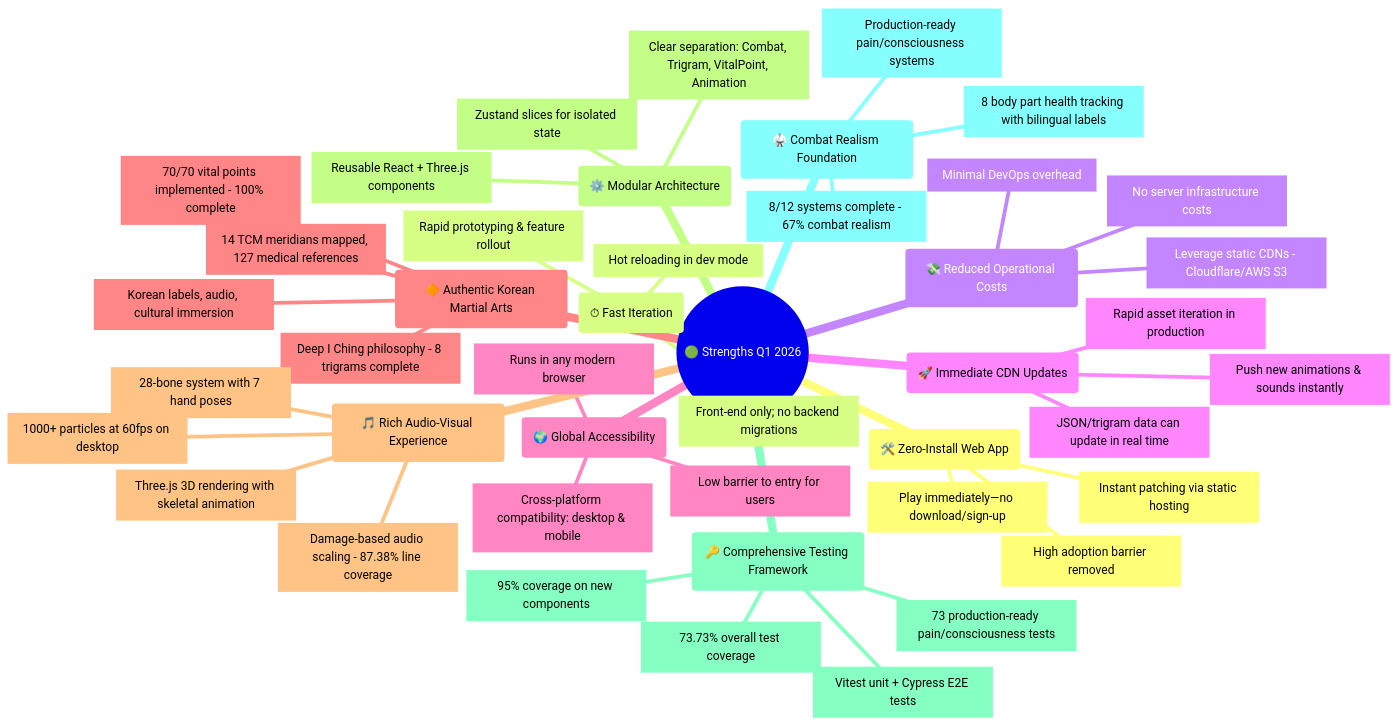
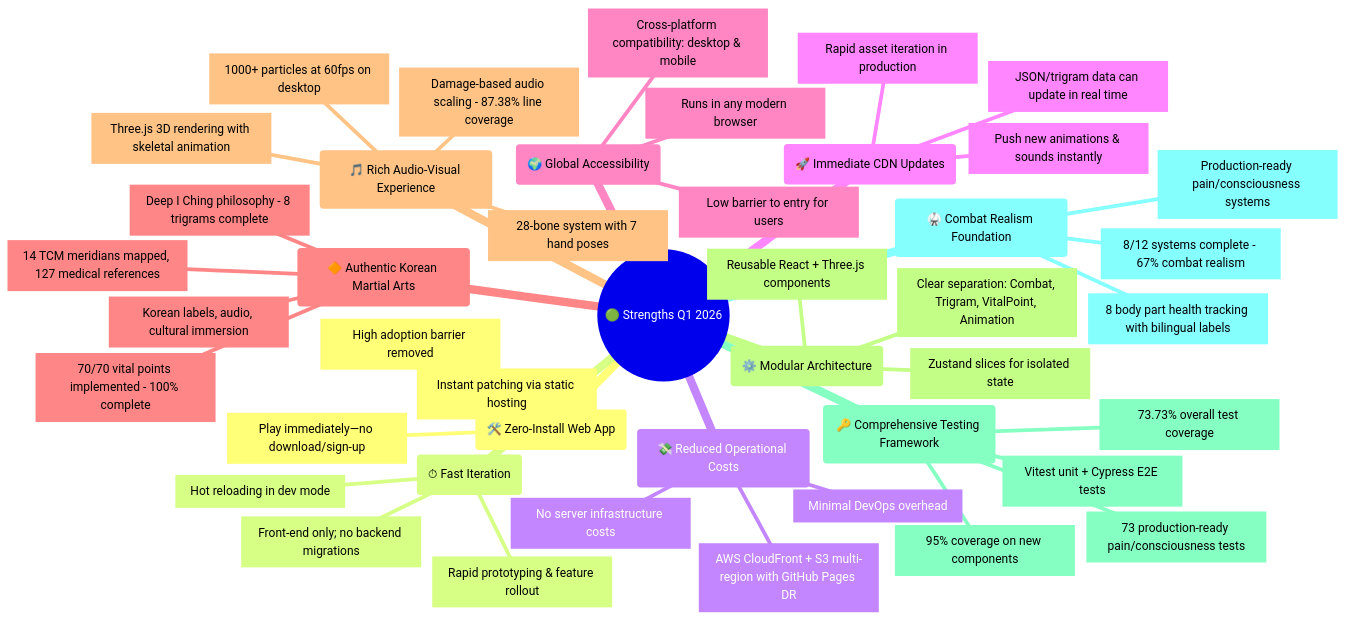
The ninth of 22 diagrams in ARCHITECTURE.md (Hack23/blacktrigram), drawn with Mermaid before and after one commit. The commit also changed other lines of this file, not shown here.

Commit message:
docs: Update ARCHITECTURE.md with AWS CloudFront + S3 deployment architecture

````diff
--- a/ARCHITECTURE.md
+++ b/ARCHITECTURE.md
@@ -1533,47 +1541,47 @@
 ```mermaid
 mindmap
   root((🟢 Strengths Q1 2026))
     id1(🛠️ Zero-Install Web App)
       id1.1[Play immediately—no download/sign-up]
       id1.2[Instant patching via static hosting]
       id1.3[High adoption barrier removed]
     id2(⏱ Fast Iteration)
       id2.1[Front-end only; no backend migrations]
       id2.2[Rapid prototyping & feature rollout]
       id2.3[Hot reloading in dev mode]
     id3(💸 Reduced Operational Costs)
       id3.1[No server infrastructure costs]
-      id3.2[Leverage static CDNs - Cloudflare/AWS S3]
+      id3.2[AWS CloudFront + S3 multi-region with GitHub Pages DR]
       id3.3[Minimal DevOps overhead]
     id4(🚀 Immediate CDN Updates)
       id4.1[Push new animations & sounds instantly]
       id4.2[JSON/trigram data can update in real time]
       id4.3[Rapid asset iteration in production]
     id5(🌍 Global Accessibility)
       id5.1[Runs in any modern browser]
       id5.2[Cross-platform compatibility: desktop & mobile]
       id5.3[Low barrier to entry for users]
     id6(🔶 Authentic Korean Martial Arts)
       id6.1[Deep I Ching philosophy - 8 trigrams complete]
       id6.2[70/70 vital points implemented - 100% complete]
       id6.3[Korean labels, audio, cultural immersion]
       id6.4[14 TCM meridians mapped, 127 medical references]
     id7(🎵 Rich Audio-Visual Experience)
       id7.1[Three.js 3D rendering with skeletal animation]
       id7.2[28-bone system with 7 hand poses]
       id7.3[Damage-based audio scaling - 87.38% line coverage]
       id7.4[1000+ particles at 60fps on desktop]
     id8(⚙️ Modular Architecture)
       id8.1[Clear separation: Combat, Trigram, VitalPoint, Animation]
       id8.2[Reusable React + Three.js components]
       id8.3[Zustand slices for isolated state]
     id9(🔑 Comprehensive Testing Framework)
       id9.1[73.73% overall test coverage]
       id9.2[95% coverage on new components]
       id9.3[Vitest unit + Cypress E2E tests]
       id9.4[73 production-ready pain/consciousness tests]
     id10(🥋 Combat Realism Foundation)
       id10.1[8/12 systems complete - 67% combat realism]
       id10.2[Production-ready pain/consciousness systems]
       id10.3[8 body part health tracking with bilingual labels]
 ```
````
